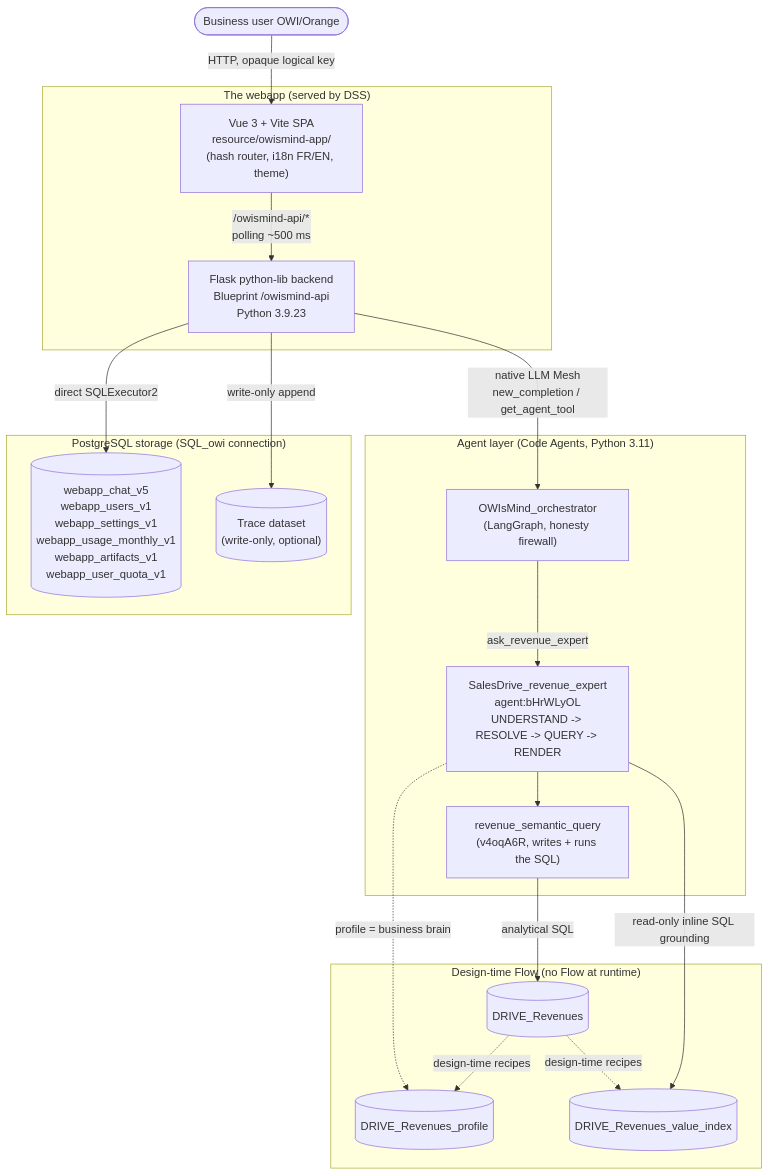
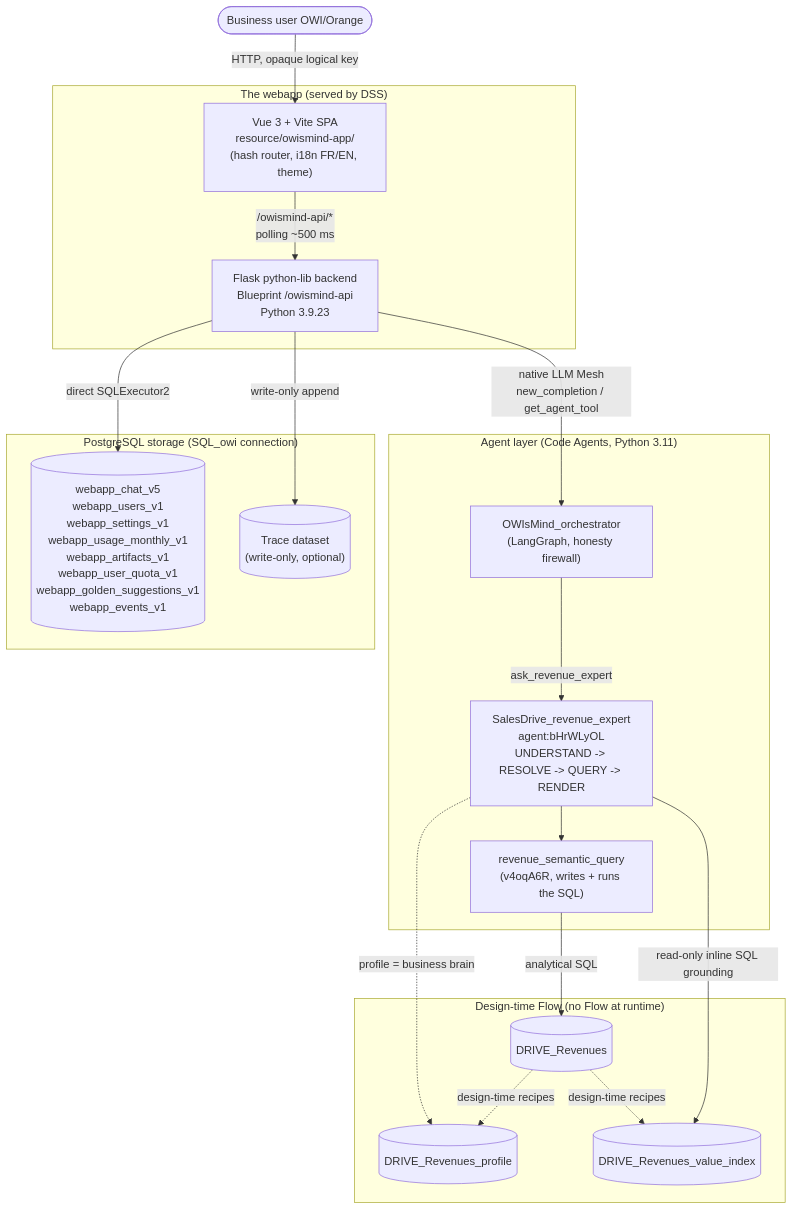
One commit to SAIDCHAOUI/owismind-system changed the diagram in project-documentation/02-architecture/01-system-overview.md. Above: the diagram before and after it, drawn with Mermaid. The commit also changed other lines of this file and 55 other files, not shown here.

````diff
--- a/project-documentation/02-architecture/01-system-overview.md
+++ b/project-documentation/02-architecture/01-system-overview.md
@@ -32,39 +42,39 @@
 ```mermaid
 flowchart TB
     user([Business user OWI/Orange])
 
     subgraph webapp["The webapp (served by DSS)"]
         spa["Vue 3 + Vite SPA<br/>resource/owismind-app/<br/>(hash router, i18n FR/EN, theme)"]
         flask["Flask python-lib backend<br/>Blueprint /owismind-api<br/>Python 3.9.23"]
     end
 
     subgraph agents["Agent layer (Code Agents, Python 3.11)"]
         orch["OWIsMind_orchestrator<br/>(LangGraph, honesty firewall)"]
         sub["SalesDrive_revenue_expert<br/>agent:bHrWLyOL<br/>UNDERSTAND -> RESOLVE -> QUERY -> RENDER"]
         tool["revenue_semantic_query<br/>(v4oqA6R, writes + runs the SQL)"]
     end
 
     subgraph storage["PostgreSQL storage (SQL_owi connection)"]
-        chat[("webapp_chat_v5<br/>webapp_users_v1<br/>webapp_settings_v1<br/>webapp_usage_monthly_v1<br/>webapp_artifacts_v1<br/>webapp_user_quota_v1")]
+        chat[("webapp_chat_v5<br/>webapp_users_v1<br/>webapp_settings_v1<br/>webapp_usage_monthly_v1<br/>webapp_artifacts_v1<br/>webapp_user_quota_v1<br/>webapp_golden_suggestions_v1<br/>webapp_events_v1")]
         trace[("Trace dataset<br/>(write-only, optional)")]
     end
 
     subgraph design["Design-time Flow (no Flow at runtime)"]
         drive[("DRIVE_Revenues")]
         profile[("DRIVE_Revenues_profile")]
         vindex[("DRIVE_Revenues_value_index")]
     end
 
     user -->|HTTP, opaque logical key| spa
     spa -->|/owismind-api/*<br/>polling ~500 ms| flask
     flask -->|native LLM Mesh<br/>new_completion / get_agent_tool| orch
     orch -->|ask_revenue_expert| sub
     sub -->|read-only inline SQL grounding| vindex
     sub --> tool
     tool -->|analytical SQL| drive
     flask -->|direct SQLExecutor2| chat
     flask -->|write-only append| trace
     drive -.->|design-time recipes| profile
     drive -.->|design-time recipes| vindex
     sub -.->|profile = business brain| profile
 ```
````
